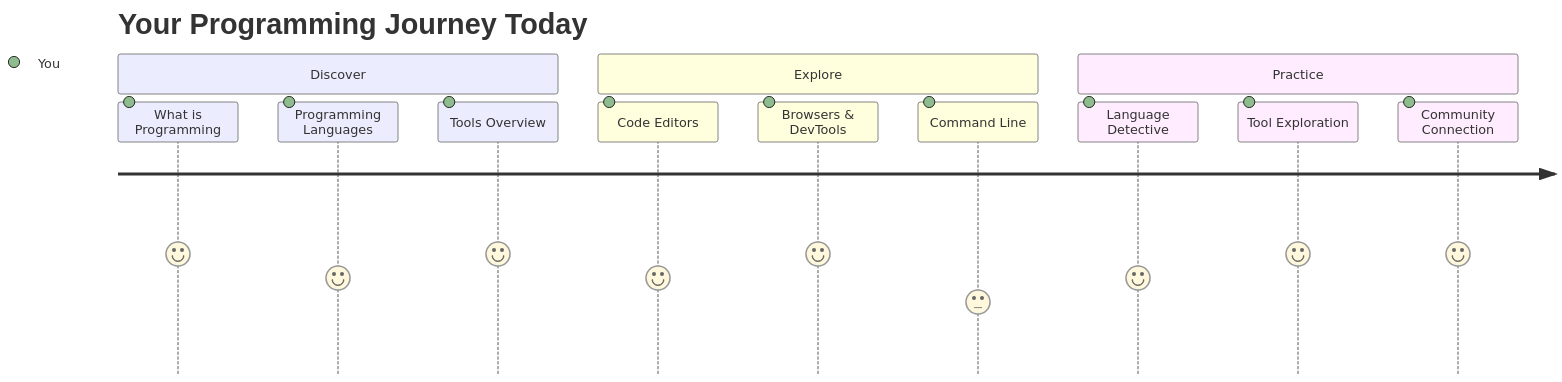
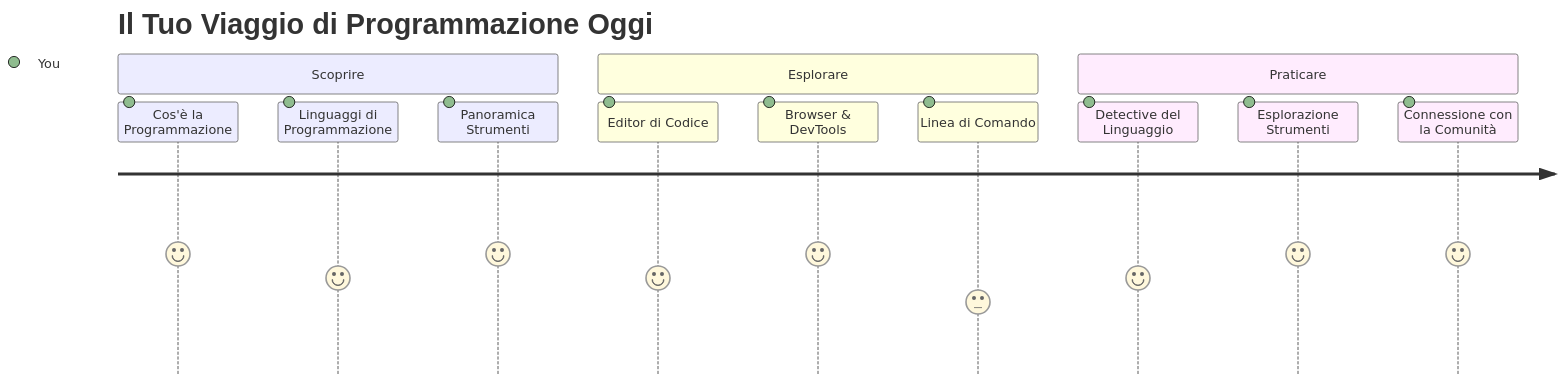
The first of 7 diagrams in translations/it/1-getting-started-lessons/1-intro-to-programming-languages/README.md (microsoft/Web-Dev-For-Beginners), drawn with Mermaid before and after one commit. The commit also changed other lines of this file and 11 other files, not shown here.

````diff
--- a/translations/it/1-getting-started-lessons/1-intro-to-programming-languages/README.md
+++ b/translations/it/1-getting-started-lessons/1-intro-to-programming-languages/README.md
@@ -14,16 +14,16 @@
 ```mermaid
 journey
-    title Your Programming Journey Today
-    section Discover
-      What is Programming: 5: You
-      Programming Languages: 4: You
-      Tools Overview: 5: You
-    section Explore
-      Code Editors: 4: You
-      Browsers & DevTools: 5: You
-      Command Line: 3: You
-    section Practice
-      Language Detective: 4: You
-      Tool Exploration: 5: You
-      Community Connection: 5: You
+    title Il Tuo Viaggio di Programmazione Oggi
+    section Scoprire
+      Cos'è la Programmazione: 5: You
+      Linguaggi di Programmazione: 4: You
+      Panoramica Strumenti: 5: You
+    section Esplorare
+      Editor di Codice: 4: You
+      Browser & DevTools: 5: You
+      Linea di Comando: 3: You
+    section Praticare
+      Detective del Linguaggio: 4: You
+      Esplorazione Strumenti: 5: You
+      Connessione con la Comunità: 5: You
 ```
````
